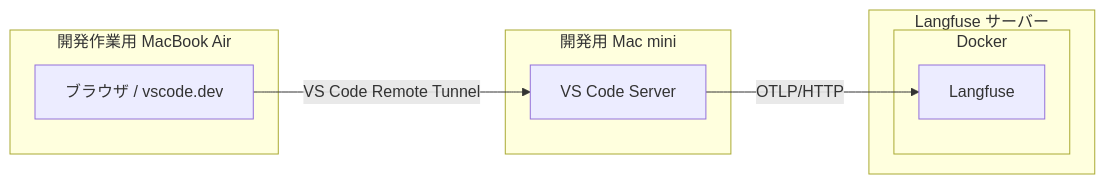
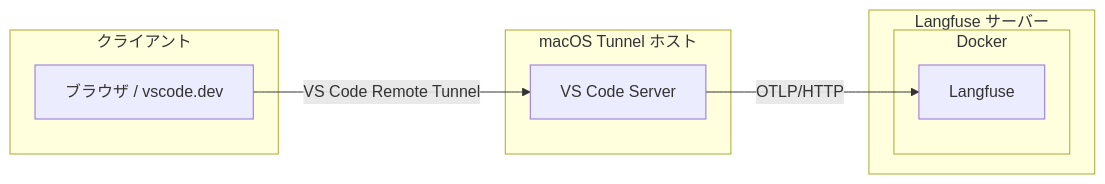
One commit to itTkm/langfuse-on-lan changed the diagram in docs/vscode-remote-tunnel.md. Above: the diagram before and after it, drawn with Mermaid. The commit also changed other lines of this file and 1 other file, not shown here.

Commit message:
docs: make Tunnel setup complete for clean installations

````diff
--- a/docs/vscode-remote-tunnel.md
+++ b/docs/vscode-remote-tunnel.md
@@ -7,16 +7,16 @@
 ```mermaid
 flowchart LR
-  subgraph MBA[開発作業用 MacBook Air]
+  subgraph MBA[クライアント]
     A[ブラウザ / vscode.dev]
   end
-  subgraph MINI[開発用 Mac mini]
+  subgraph MINI[macOS Tunnel ホスト]
     C[VS Code Server]
   end
   subgraph LF[Langfuse サーバー]
     subgraph DOCKER[Docker]
       D[Langfuse]
     end
   end
   A -->|VS Code Remote Tunnel| C
   C -->|OTLP/HTTP| D
 ```
````
